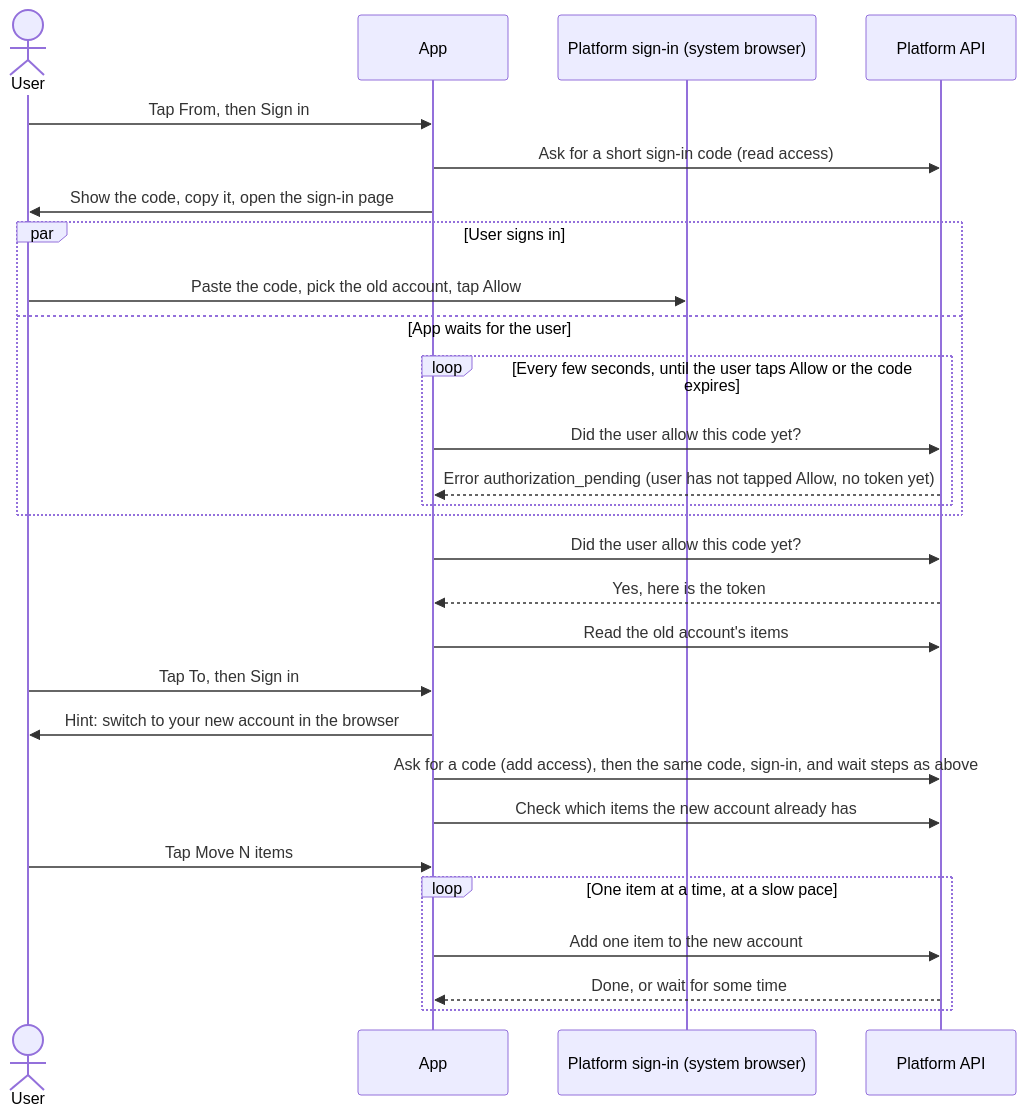
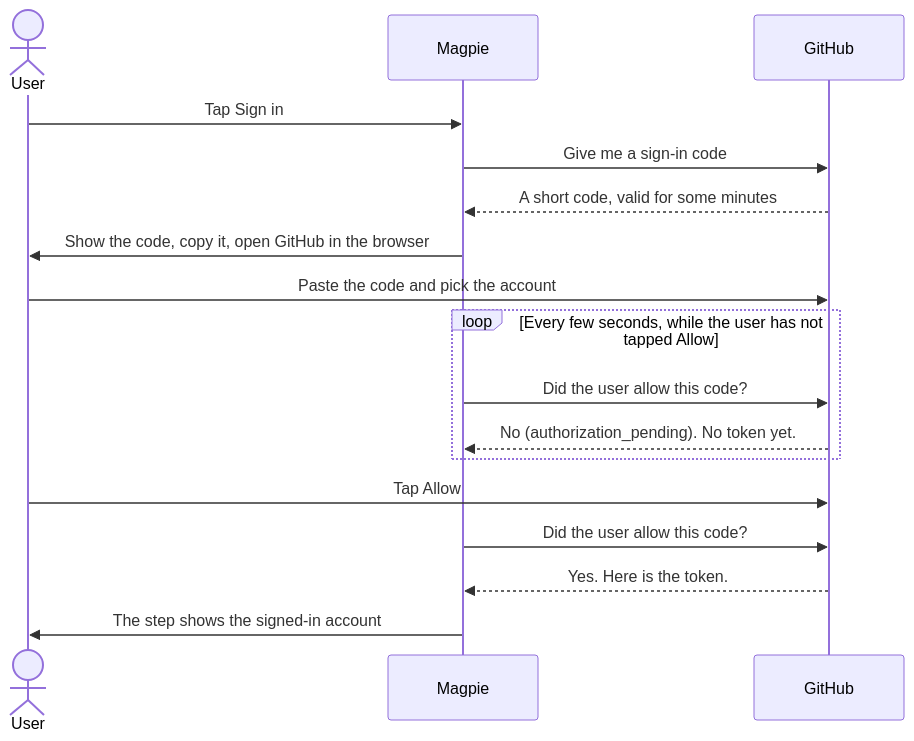
Before and after one commit to Dodo-Tech-Hub/magpie: the third of 4 diagrams in specs/008-github-platform/spec.md, drawn with Mermaid. The commit also changed other lines of this file, not shown here.

Commit message:
docs(spec): split 008 diagrams into screens, move, and sign-in

````diff
--- a/specs/008-github-platform/spec.md
+++ b/specs/008-github-platform/spec.md
@@ -71,31 +118,22 @@
 ```mermaid
 sequenceDiagram
     actor User
-    participant App
-    participant SignIn as Platform sign-in (system browser)
-    participant API as Platform API
+    participant App as Magpie
+    participant GitHub
 
-    User->>App: Tap From, then Sign in
-    App->>API: Ask for a short sign-in code (read access)
-    App->>User: Show the code, copy it, open the sign-in page
-    par User signs in
-        User->>SignIn: Paste the code, pick the old account, tap Allow
-    and App waits for the user
-        loop Every few seconds, until the user taps Allow or the code expires
-            App->>API: Did the user allow this code yet?
-            API-->>App: Error authorization_pending (user has not tapped Allow, no token yet)
-        end
+    User->>App: Tap Sign in
+    App->>GitHub: Give me a sign-in code
+    GitHub-->>App: A short code, valid for some minutes
+    App->>User: Show the code, copy it, open GitHub in the browser
+    User->>GitHub: Paste the code and pick the account
+
+    loop Every few seconds, while the user has not tapped Allow
+        App->>GitHub: Did the user allow this code?
+        GitHub-->>App: No (authorization_pending). No token yet.
     end
-    App->>API: Did the user allow this code yet?
-    API-->>App: Yes, here is the token
-    App->>API: Read the old account's items
-    User->>App: Tap To, then Sign in
-    App->>User: Hint: switch to your new account in the browser
-    App->>API: Ask for a code (add access), then the same code, sign-in, and wait steps as above
-    App->>API: Check which items the new account already has
-    User->>App: Tap Move N items
-    loop One item at a time, at a slow pace
-        App->>API: Add one item to the new account
-        API-->>App: Done, or wait for some time
-    end
+
+    User->>GitHub: Tap Allow
+    App->>GitHub: Did the user allow this code?
+    GitHub-->>App: Yes. Here is the token.
+    App->>User: The step shows the signed-in account
 ```
````
